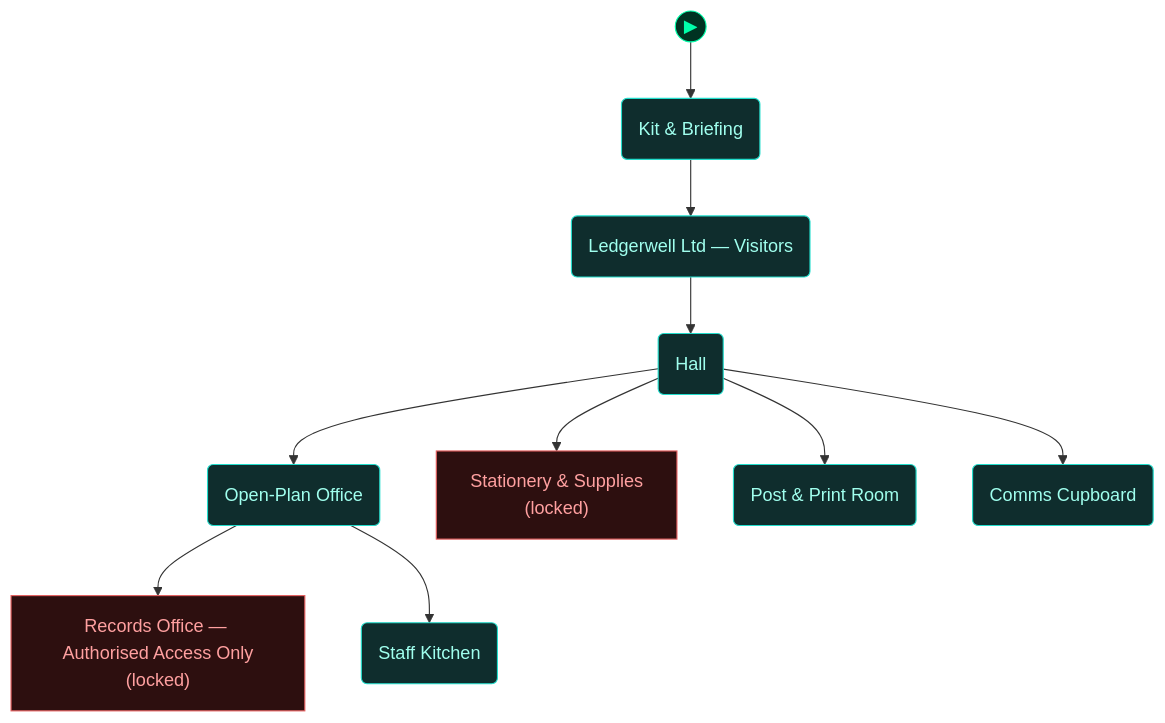
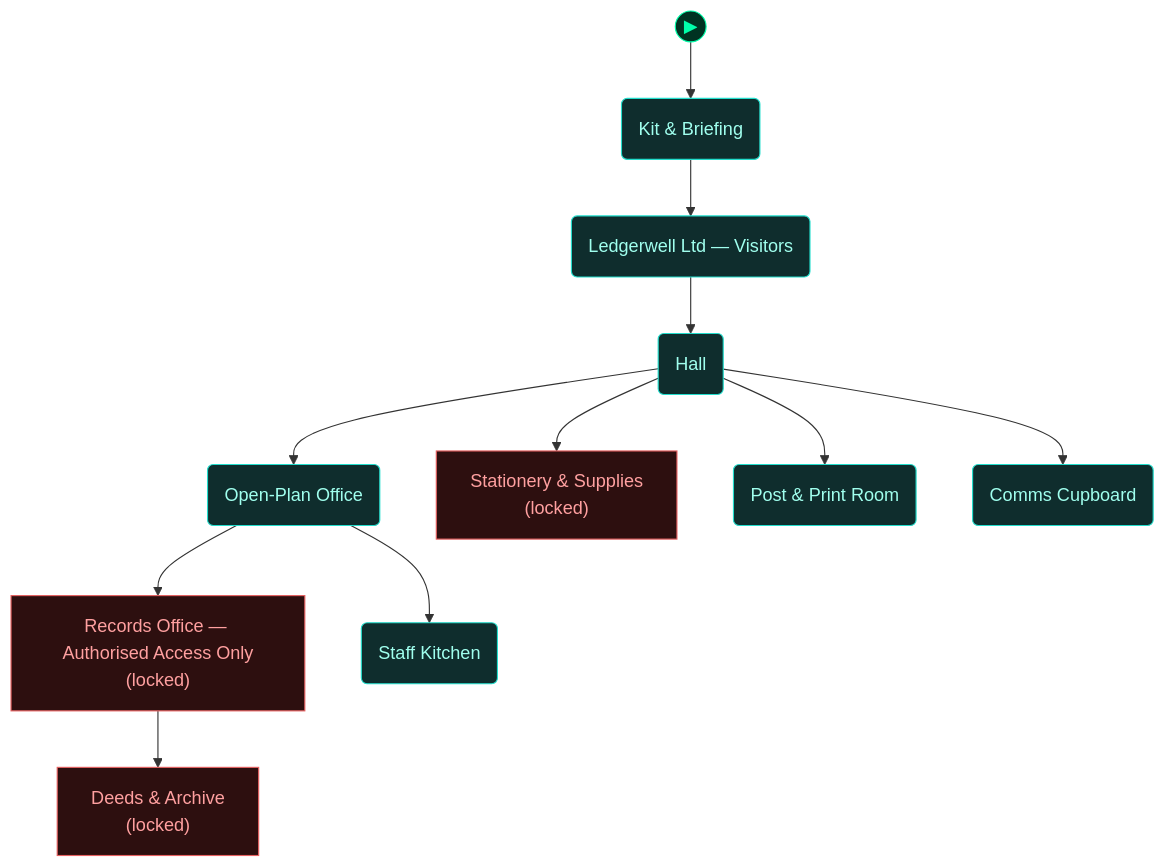
Before and after one commit to cliffe/BreakEscape: the fourth of 5 diagrams in scenarios/lab_physical_pentest/dungeon_graph.md, drawn with Mermaid. The commit also changed other lines of this file and 8 other files, not shown here.

First line of the commit message:
Expansion step 7: P4 deeds & archive room + scope beat

````diff
--- a/scenarios/lab_physical_pentest/dungeon_graph.md
+++ b/scenarios/lab_physical_pentest/dungeon_graph.md
@@ -234,44 +240,46 @@
 ```mermaid
 flowchart TD
 
   classDef room      fill:#0f2d2d,stroke:#22ddcc,color:#a0ffee
   classDef lock      fill:#2d0f0f,stroke:#e66060,color:#ffa0a0
   classDef key       fill:#2d0812,stroke:#e66060,color:#ffa0a0
   classDef item      fill:#2d1200,stroke:#e89030,color:#ffcc80
   classDef gate      fill:#111,stroke:#666,color:#eee
   classDef vm        fill:#0c1f40,stroke:#4a90d9,color:#a0c8ff
   classDef flag      fill:#1a0c2d,stroke:#9060d0,color:#cc99ff
   classDef action    fill:#1a1200,stroke:#cc9922,color:#ffee88
   classDef aim       fill:#0d2a0d,stroke:#44cc44,color:#88ff88
   classDef aim_gate  fill:#111111,stroke:#44cc44,color:#44cc44
   classDef container fill:#1a2d1a,stroke:#60b060,color:#a0e0a0
   classDef npc       fill:#2d1f0d,stroke:#d0a050,color:#ffe0a0
   classDef critical  fill:#2a1500,stroke:#ffaa00,color:#ffdd88
   classDef start     fill:#003322,stroke:#00ffaa,color:#00ffaa
 
   node_start(("▶"))
   node_start --> briefing_room
 
   briefing_room("Kit & Briefing")
   reception("Ledgerwell Ltd — Visitors")
   hall("Hall")
   open_plan("Open-Plan Office")
   secure_area["Records Office — Authorised Access Only<br/>(locked)"]
   store_room["Stationery & Supplies<br/>(locked)"]
   P1("Post & Print Room")
   P3("Comms Cupboard")
   P2("Staff Kitchen")
+  P4["Deeds & Archive<br/>(locked)"]
 
   briefing_room --> reception
   reception --> hall
   hall --> open_plan
   hall --> store_room
   hall --> P3
   hall --> P1
   open_plan --> secure_area
   open_plan --> P2
+  secure_area --> P4
 
   class briefing_room,reception,hall,open_plan,P1,P3,P2 room
-  class secure_area,store_room lock
+  class secure_area,store_room,P4 lock
   class node_start start
 ```
````
